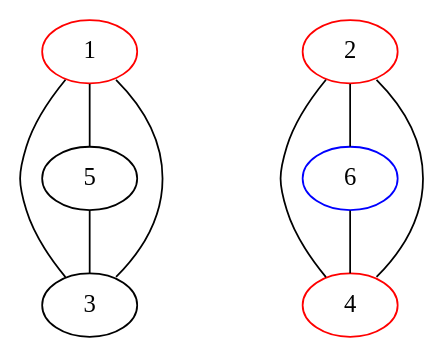
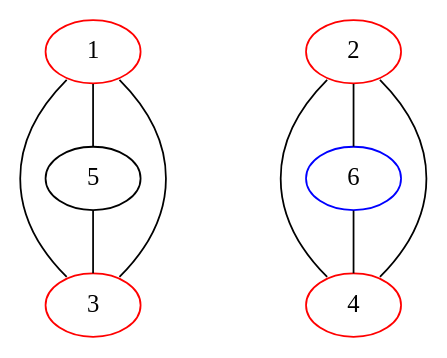
The diagram in sprouts/start_2_nodes/12241.dot (bilboquet/gamelib), drawn with Graphviz before and after one commit. The commit also changed 15 other files, not shown here.

```diff
--- a/sprouts/start_2_nodes/12241.dot
+++ b/sprouts/start_2_nodes/12241.dot
@@ -1,42 +1,42 @@
 graph {
 
   subgraph A {
     1 -- 3 [headport="ne", tailport="se"];
-    1 -- 3 [headport="no", tailport="so"];
+    1 -- 3 [headport="nw", tailport="sw"];
     1 -- 5 [weight=4];
     5 -- 3 [weight=4];
 
   }
 
 
   subgraph B {
     2 -- 4 [headport="ne", tailport="se"];
-    2 -- 4 [headport="so", tailport="no"];
+    2 -- 4 [headport="nw", tailport="sw"];
     2 -- 6 [weight=4];
     6 -- 4 [weight=4];
 
   }
 
 
   {
     rank="min";
     1;
     2;
 
   }
 
 
   {
     rank="same";
     5;
     6;
 
   }
 
   1 [color="red"];
   2 [color="red"];
-  4 [color="red"];
+  3 [color="red"];
   4 [color="red"];
   6 [color="blue"];
 
 }
```
